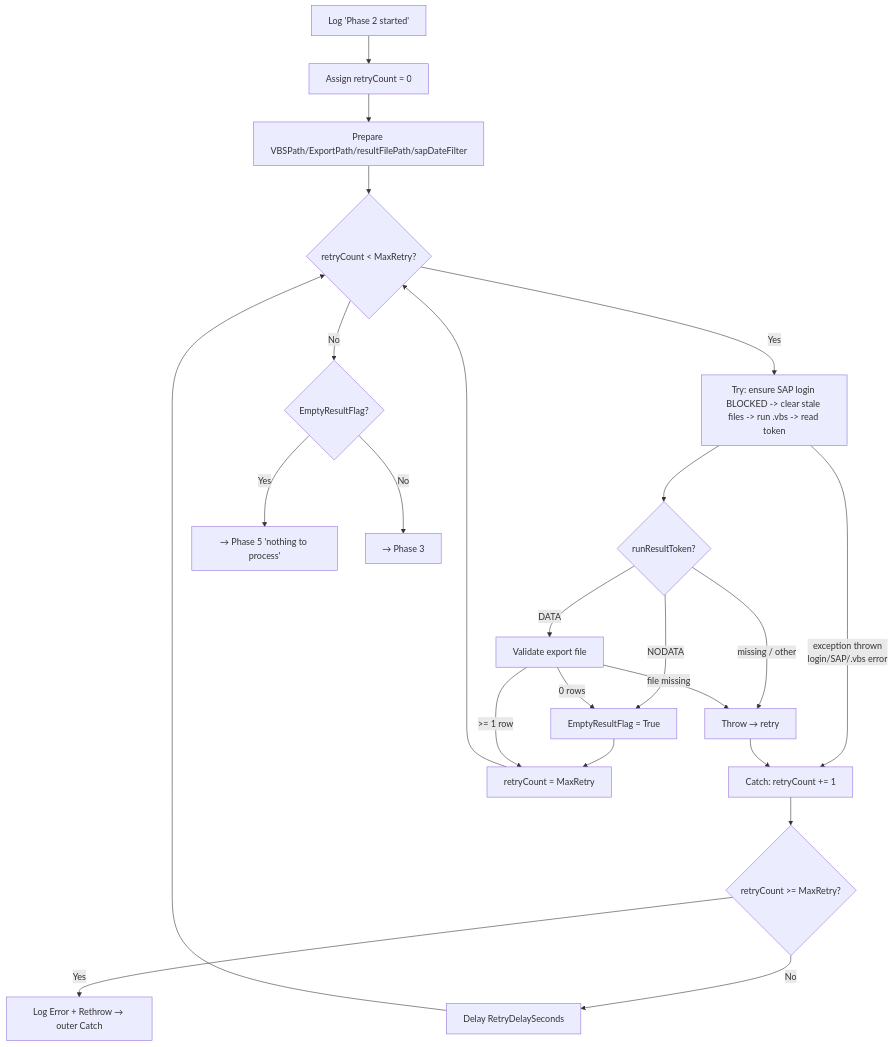
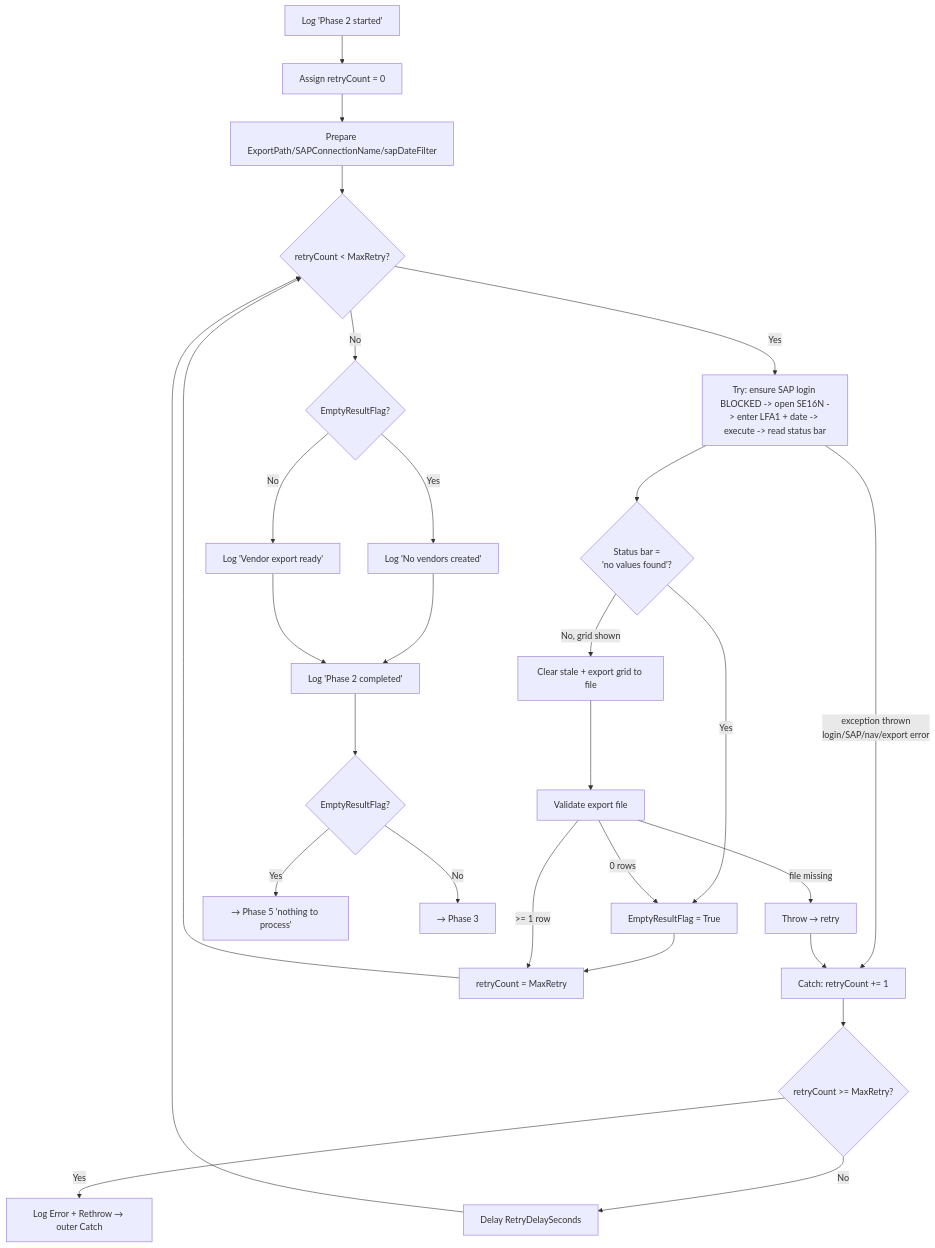
The second of 2 diagrams in vendor-sbn-upload-bot/docs/medium-level-design.md (vitep111/RPA), drawn with Mermaid before and after one commit. The commit also changed other lines of this file and 5 other files, not shown here.

First line of the commit message:
Switch SAP extraction to native UiPath UI automation

````diff
--- a/vendor-sbn-upload-bot/docs/medium-level-design.md
+++ b/vendor-sbn-upload-bot/docs/medium-level-design.md
@@ -137,24 +130,27 @@
 ```mermaid
 graph TD
     P1[Log 'Phase 2 started'] --> RST[Assign retryCount = 0]
-    RST --> PREP[Prepare VBSPath/ExportPath/resultFilePath/sapDateFilter]
+    RST --> PREP[Prepare ExportPath/SAPConnectionName/sapDateFilter]
     PREP --> LOOP{retryCount < MaxRetry?}
     LOOP -->|No| DONE
-    LOOP -->|Yes| TRY[Try: ensure SAP login BLOCKED -> clear stale files -> run .vbs -> read token]
-    TRY -->|exception thrown<br/>login/SAP/.vbs error| CATCH
-    TRY --> TOK{runResultToken?}
-    TOK -->|NODATA| EMPTY[EmptyResultFlag = True] --> EXIT[retryCount = MaxRetry]
-    TOK -->|DATA| VAL[Validate export file]
-    TOK -->|missing / other| THROWN[Throw → retry]
-    VAL -->|file missing| THROWN
+    LOOP -->|Yes| TRY[Try: ensure SAP login BLOCKED -> open SE16N -> enter LFA1 + date -> execute -> read status bar]
+    TRY -->|exception thrown<br/>login/SAP/nav/export error| CATCH
+    TRY --> STAT{Status bar =<br/>'no values found'?}
+    STAT -->|Yes| EMPTY[EmptyResultFlag = True] --> EXIT[retryCount = MaxRetry]
+    STAT -->|No, grid shown| EXP[Clear stale + export grid to file]
+    EXP --> VAL[Validate export file]
+    VAL -->|file missing| THROWN[Throw → retry]
     VAL -->|>= 1 row| EXIT
     VAL -->|0 rows| EMPTY
     THROWN --> CATCH[Catch: retryCount += 1]
     CATCH --> LAST{retryCount >= MaxRetry?}
     LAST -->|Yes| RETHROW[Log Error + Rethrow → outer Catch]
     LAST -->|No| DELAY[Delay RetryDelaySeconds] --> LOOP
     EXIT --> LOOP
     DONE{EmptyResultFlag?}
-    DONE -->|Yes| TOP5[→ Phase 5 'nothing to process']
-    DONE -->|No| TOP3[→ Phase 3]
+    DONE -->|Yes| LOGE[Log 'No vendors created'] --> CMP[Log 'Phase 2 completed']
+    DONE -->|No| LOGR[Log 'Vendor export ready'] --> CMP
+    CMP --> TOP{EmptyResultFlag?}
+    TOP -->|Yes| TOP5[→ Phase 5 'nothing to process']
+    TOP -->|No| TOP3[→ Phase 3]
 ```
````
